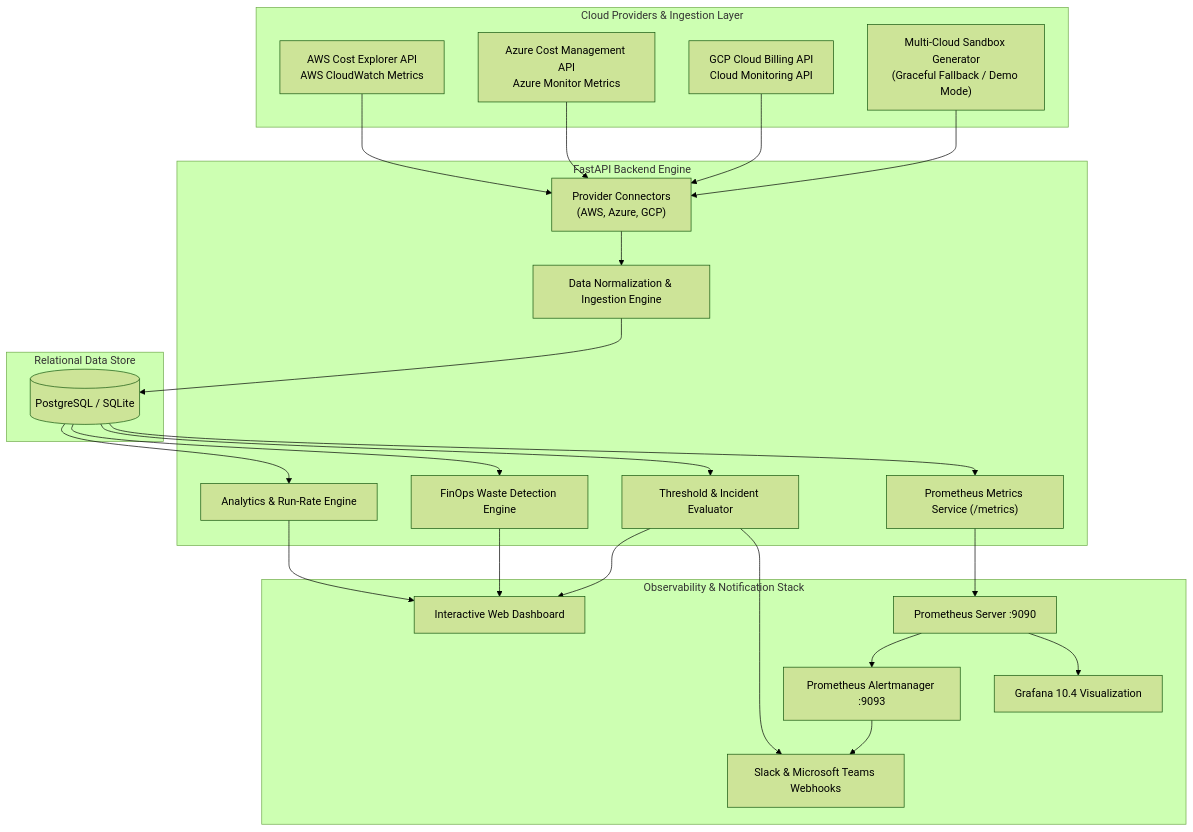
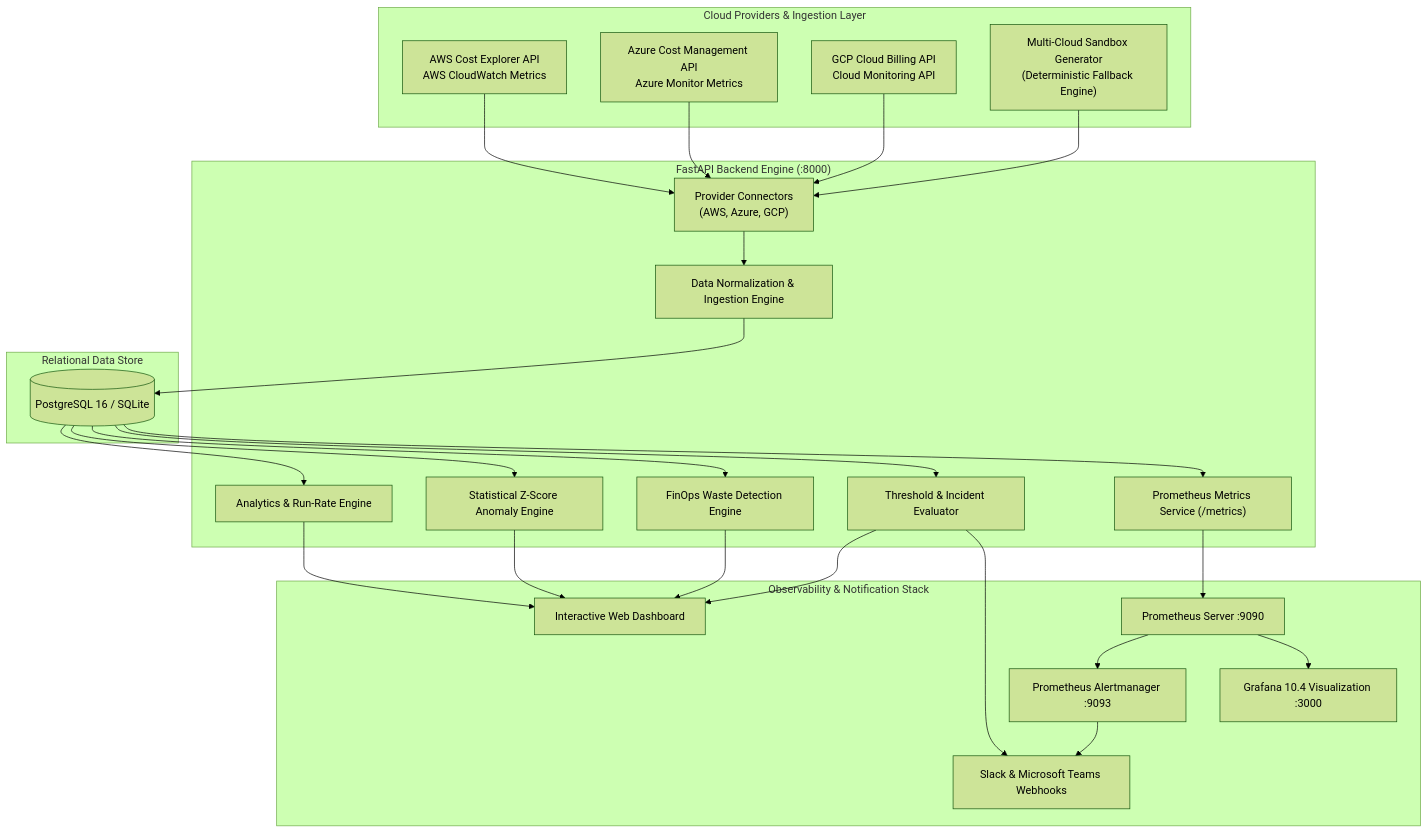
One commit to kautikbhardwaj/Kautik_batch16_CapstoneProject changed the first of 6 diagrams in ARCHITECTURE.md. Above: the diagram before and after it, drawn with Mermaid (forest theme). The commit also changed other lines of this file and 13 other files, not shown here.

Commit message:
feat: enhance platform with statistical anomaly engine, admin CLI, C4 diagrams, FinOps simulator, and production runbook

````diff
--- a/ARCHITECTURE.md
+++ b/ARCHITECTURE.md
@@ -7,52 +12,55 @@
 ```mermaid
-graph TD
+flowchart TD
     subgraph MultiCloudIngestion ["Cloud Providers & Ingestion Layer"]
         AWS_API["AWS Cost Explorer API<br/>AWS CloudWatch Metrics"]
         AZURE_API["Azure Cost Management API<br/>Azure Monitor Metrics"]
         GCP_API["GCP Cloud Billing API<br/>Cloud Monitoring API"]
-        MOCK_GEN["Multi-Cloud Sandbox Generator<br/>(Graceful Fallback / Demo Mode)"]
+        MOCK_GEN["Multi-Cloud Sandbox Generator<br/>(Deterministic Fallback Engine)"]
     end
 
-    subgraph CoreApplication ["FastAPI Backend Engine"]
+    subgraph CoreApplication ["FastAPI Backend Engine (:8000)"]
         Connectors["Provider Connectors<br/>(AWS, Azure, GCP)"]
         Aggregator["Data Normalization & Ingestion Engine"]
         Analytics["Analytics & Run-Rate Engine"]
+        Anomaly["Statistical Z-Score Anomaly Engine"]
         Optimizer["FinOps Waste Detection Engine"]
         AlertEngine["Threshold & Incident Evaluator"]
         PrometheusExporter["Prometheus Metrics Service (/metrics)"]
     end
 
     subgraph Storage ["Relational Data Store"]
-        DB[(PostgreSQL / SQLite)]
+        DB[(PostgreSQL 16 / SQLite)]
     end
 
     subgraph Observability ["Observability & Notification Stack"]
         Prometheus["Prometheus Server :9090"]
         Alertmanager["Prometheus Alertmanager :9093"]
         Slack["Slack & Microsoft Teams Webhooks"]
-        Grafana["Grafana 10.4 Visualization"]
+        Grafana["Grafana 10.4 Visualization :3000"]
         WebUI["Interactive Web Dashboard"]
     end
 
     AWS_API --> Connectors
     AZURE_API --> Connectors
     GCP_API --> Connectors
     MOCK_GEN --> Connectors
 
     Connectors --> Aggregator
     Aggregator --> DB
     DB --> Analytics
+    DB --> Anomaly
     DB --> Optimizer
     DB --> AlertEngine
     DB --> PrometheusExporter
 
     Analytics --> WebUI
+    Anomaly --> WebUI
     Optimizer --> WebUI
     AlertEngine --> WebUI
     AlertEngine --> Slack
 
     PrometheusExporter --> Prometheus
     Prometheus --> Alertmanager
     Prometheus --> Grafana
     Alertmanager --> Slack
 ```
````
